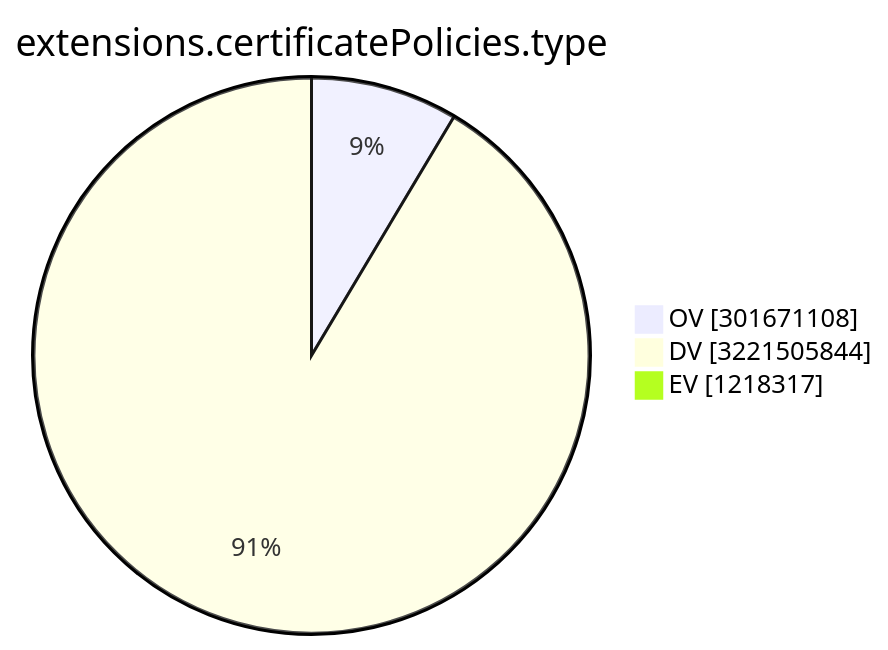
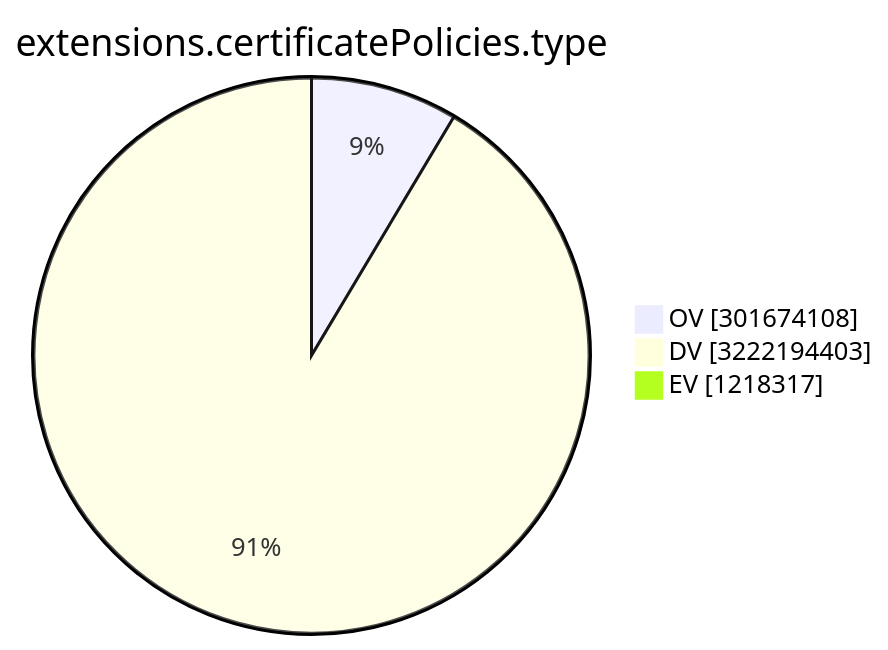
The ninth of 15 diagrams in TOTAL/README.md (christiankrug/ctmonitor_visualization), drawn with Mermaid before and after one commit. The commit also changed other lines of this file, not shown here.

````diff
--- a/TOTAL/README.md
+++ b/TOTAL/README.md
@@ -3107,7 +3107,7 @@
 ```mermaid
 pie showData
 title extensions.certificatePolicies.type
-"OV" :301671108
-"DV" :3221505844
+"OV" :301674108
+"DV" :3222194403
 "EV" :1218317
 ```
````
